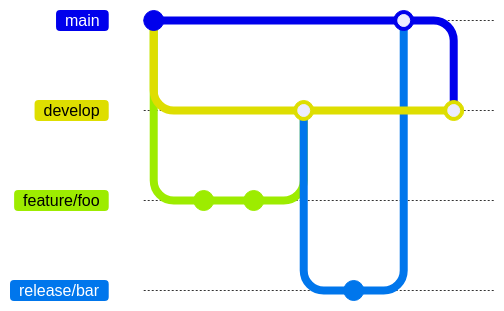
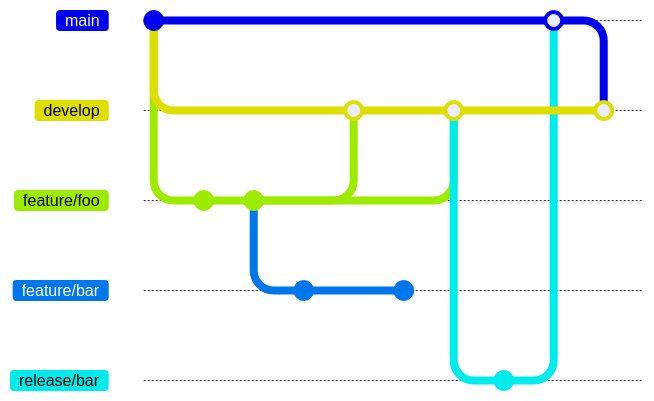
The diagram in docs/Git e GitHub/Branching e Merging.md (murilobeltrame/vsd-cloud-e-devops), drawn with Mermaid before and after one commit. Commit ids are hidden.

Commit message:
atualizando grafico

````diff
--- a/docs/Git e GitHub/Branching e Merging.md
+++ b/docs/Git e GitHub/Branching e Merging.md
@@ -12,19 +12,26 @@
 ```mermaid
 gitGraph
     commit
     branch develop
     checkout develop
     branch feature/foo
     checkout feature/foo
     commit
+    commit
+    branch feature/bar
+    checkout feature/bar
+    commit
+    checkout develop
+    merge feature/foo
+    checkout feature/bar
     commit
     checkout develop
     merge feature/foo
     branch release/bar
     checkout release/bar
     commit
     checkout main
     merge release/bar
     checkout develop
     merge main
 ```
````
